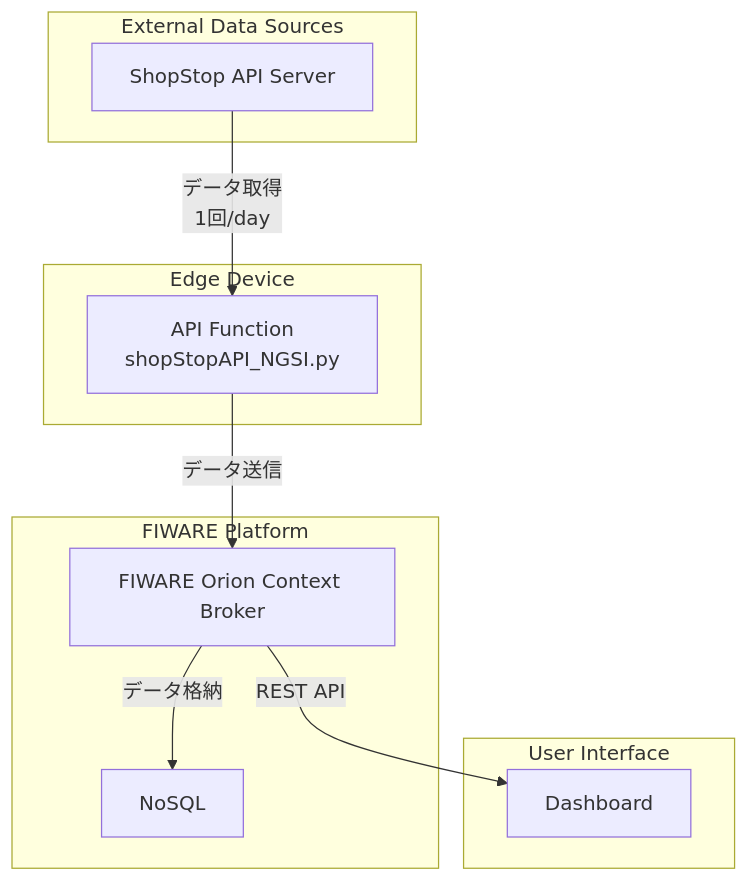
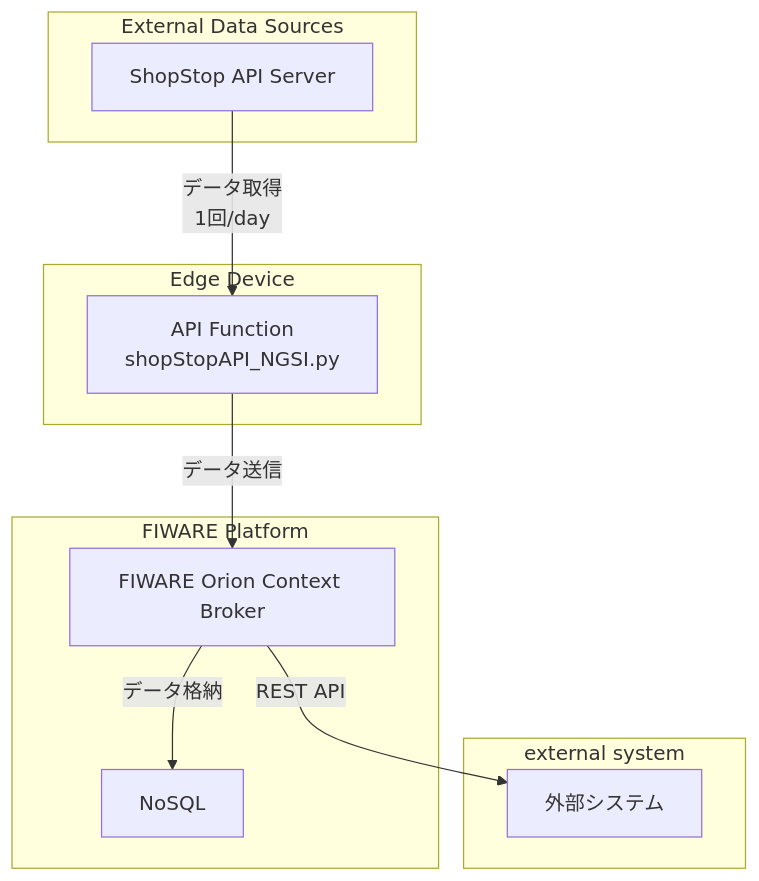
The diagram in architecture.md (elnas0311/FDC), drawn with Mermaid before and after one commit.

Commit message:
外部システムの表記を更新

````diff
--- a/architecture.md
+++ b/architecture.md
@@ -1,28 +1,28 @@
 ```mermaid
 
 graph TD
     A[ShopStop API Server] -->|データ取得<br>1回/day| B[API Function<br>shopStopAPI_NGSI.py]
     B -->|データ送信| D[FIWARE Orion Context Broker]
     D -->|データ格納| E[NoSQL]
-    D -->|REST API| G[Dashboard]
+    D -->|REST API| G[外部システム]
 
     subgraph Edge Device
         B
     end
 
     subgraph FIWARE Platform
         D
         E
     end
 
     subgraph External Data Sources
         A
     end
 
-    subgraph User Interface
+    subgraph external system
         G
     end
     
 
 
 ```
````
